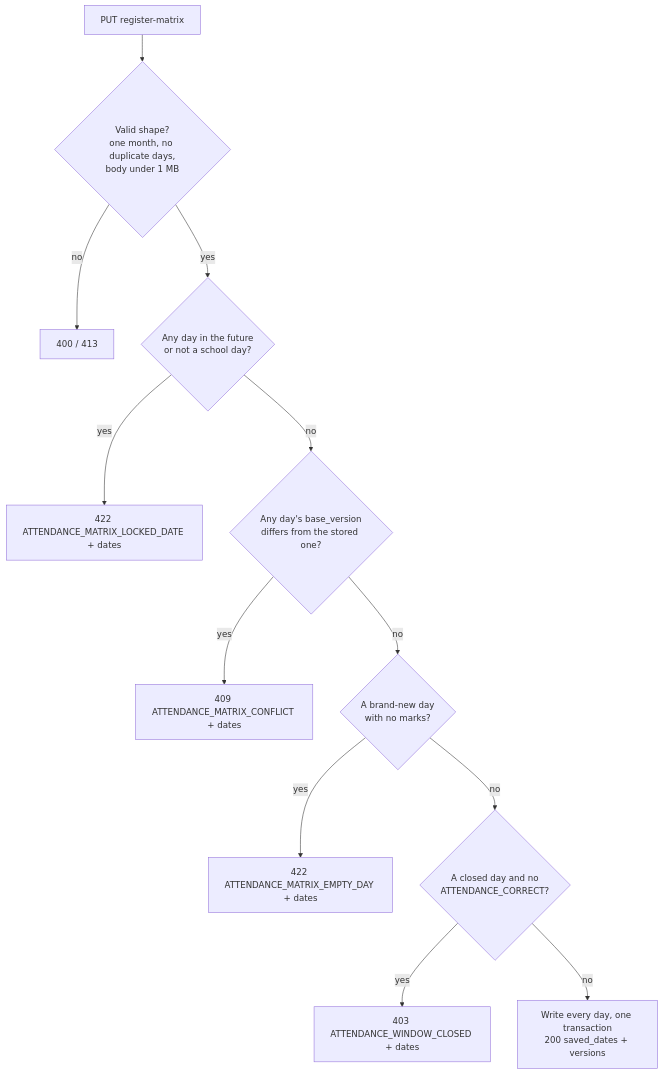
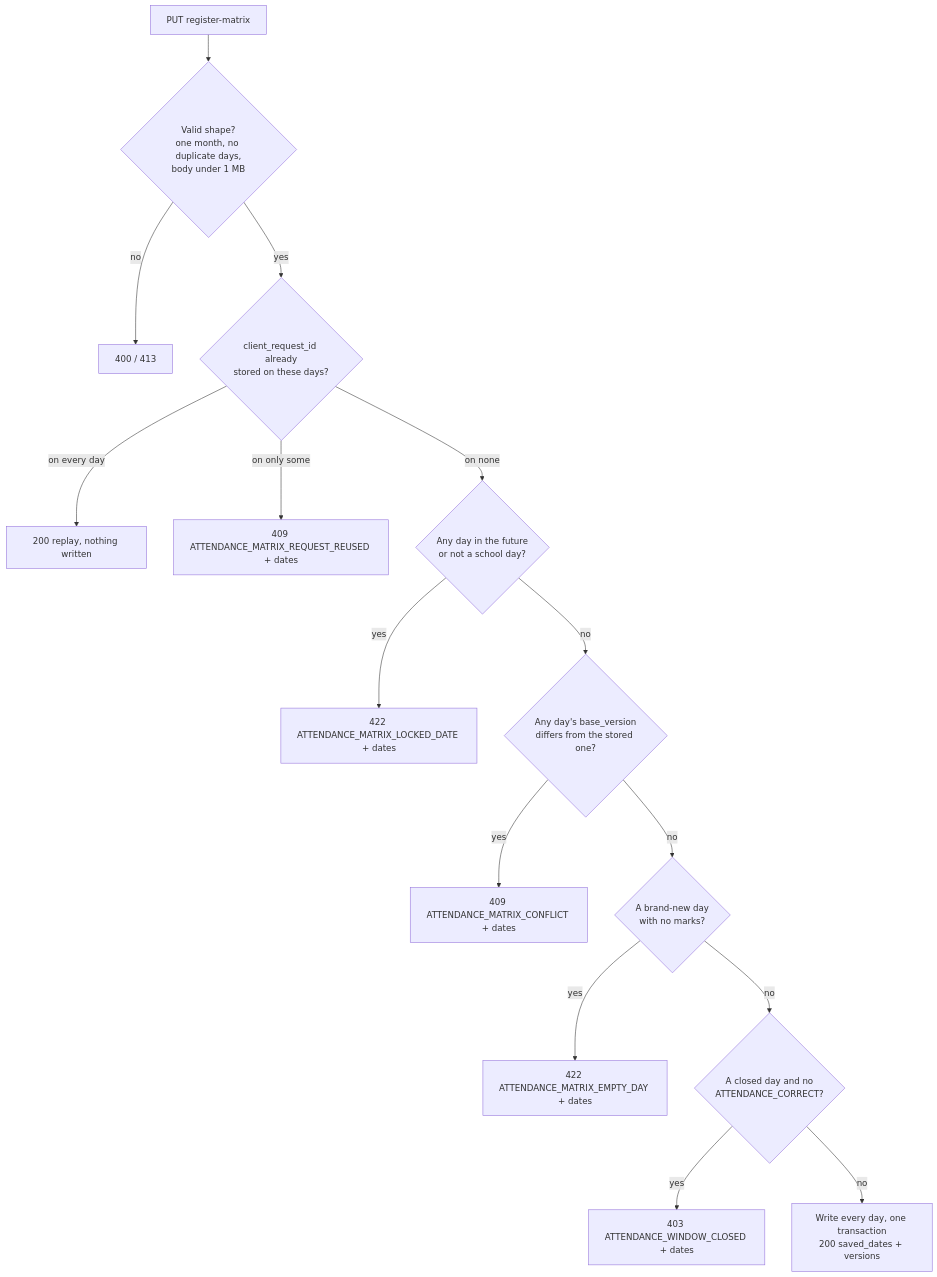
One commit to tareq89/biddaloy changed the third of 7 diagrams in docs/architecture/11-attendance.md. Above: the diagram before and after it, drawn with Mermaid. The commit also changed other lines of this file and 10 other files, not shown here.

````diff
--- a/docs/architecture/11-attendance.md
+++ b/docs/architecture/11-attendance.md
@@ -145,14 +147,17 @@
 ```mermaid
 flowchart TD
     S[PUT register-matrix] --> V{Valid shape?<br/>one month, no duplicate days,<br/>body under 1 MB}
     V -- no --> E400[400 / 413]
-    V -- yes --> L{Any day in the future<br/>or not a school day?}
+    V -- yes --> R{client_request_id already<br/>stored on these days?}
+    R -- on every day --> RP[200 replay, nothing written]
+    R -- on only some --> ER[409 ATTENDANCE_MATRIX_REQUEST_REUSED + dates]
+    R -- on none --> L{Any day in the future<br/>or not a school day?}
     L -- yes --> E422[422 ATTENDANCE_MATRIX_LOCKED_DATE + dates]
     L -- no --> C{Any day's base_version<br/>differs from the stored one?}
     C -- yes --> E409[409 ATTENDANCE_MATRIX_CONFLICT + dates]
     C -- no --> M{A brand-new day<br/>with no marks?}
     M -- yes --> EM[422 ATTENDANCE_MATRIX_EMPTY_DAY + dates]
     M -- no --> W{A closed day and no<br/>ATTENDANCE_CORRECT?}
     W -- yes --> E403[403 ATTENDANCE_WINDOW_CLOSED + dates]
     W -- no --> OK[Write every day, one transaction<br/>200 saved_dates + versions]
 ```
````
